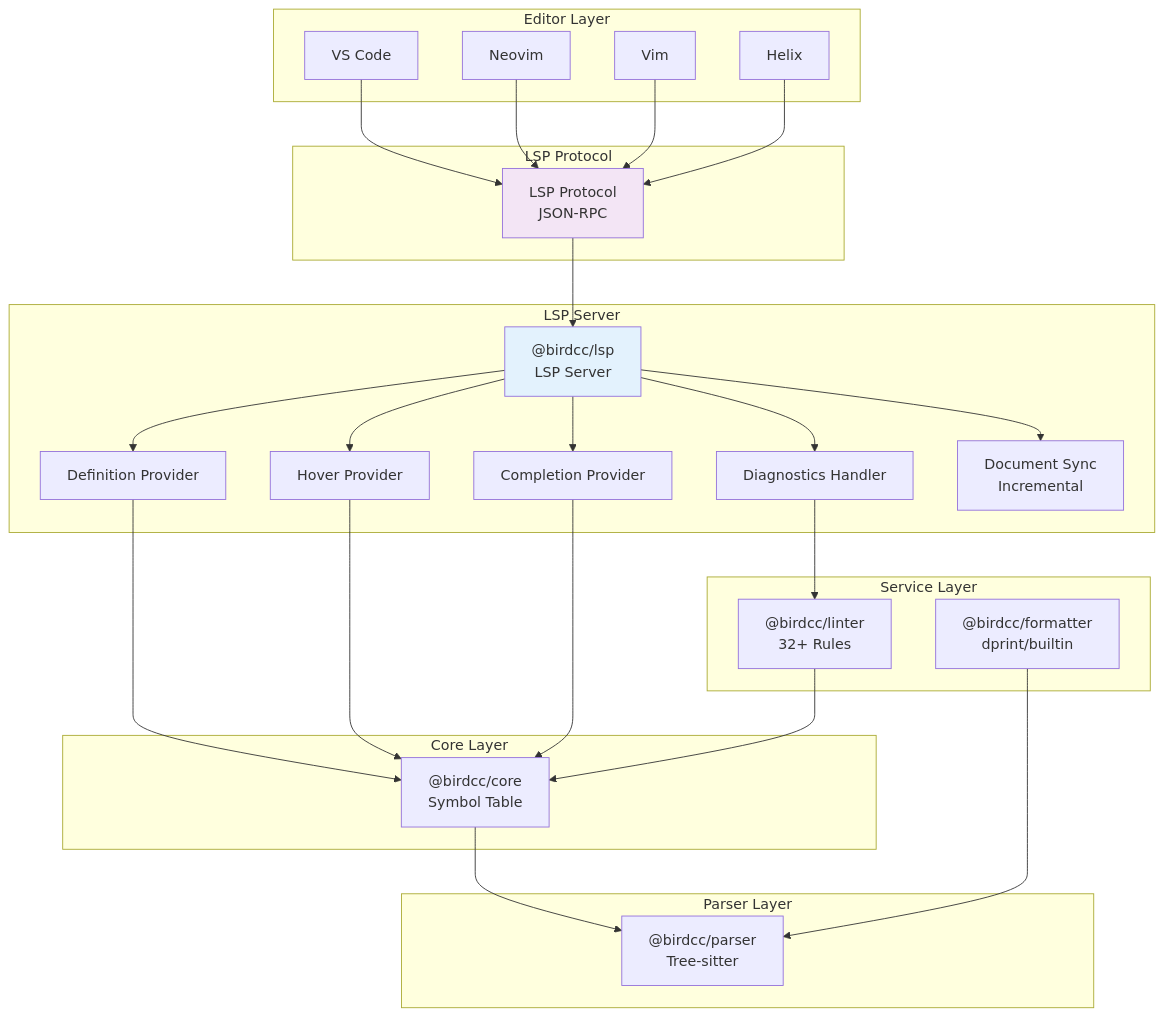
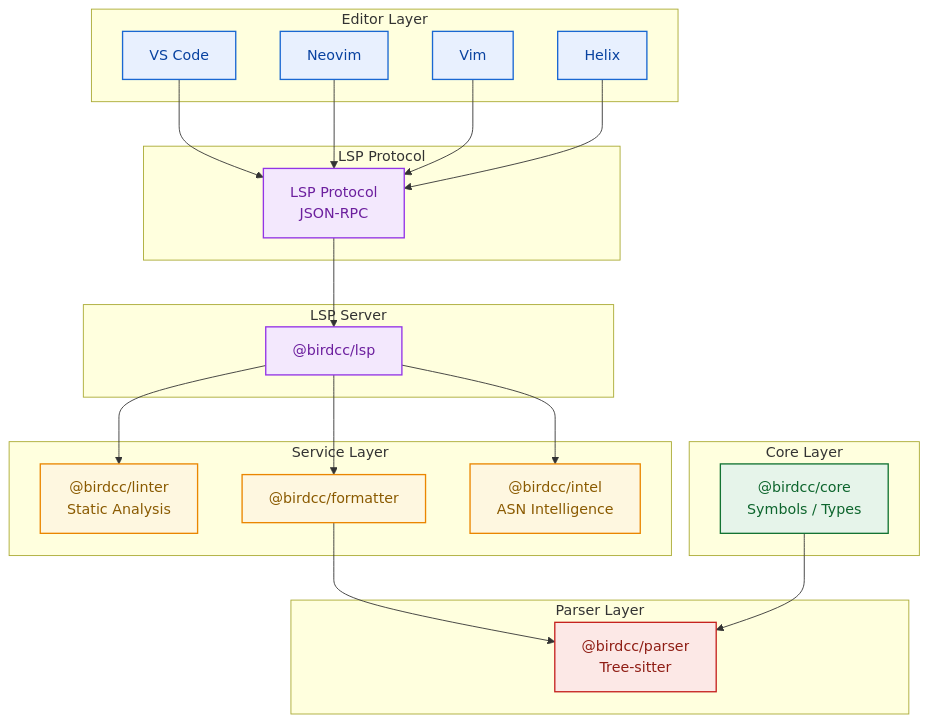
The first of 4 diagrams in packages/@birdcc/lsp/README.md (bird-chinese-community/BIRD-LSP), drawn with Mermaid before and after one commit. The commit also changed other lines of this file and 5 other files, not shown here.

Commit message:
docs(mermaid): Unify diagram palette and split by layer

````diff
--- a/packages/@birdcc/lsp/README.md
+++ b/packages/@birdcc/lsp/README.md
@@ -168,56 +168,54 @@
 ```mermaid
 flowchart TB
-    subgraph "Editor Layer"
+    classDef ui fill:#e8f0fe,stroke:#1967d2,stroke-width:1.5px,color:#0842a0
+    classDef adapter fill:#f3e8fd,stroke:#9334e6,stroke-width:1.5px,color:#6c1f9e
+    classDef service fill:#fef7e0,stroke:#ea8600,stroke-width:1.5px,color:#8a5a00
+    classDef core fill:#e6f4ea,stroke:#137333,stroke-width:1.5px,color:#0d652d
+    classDef infra fill:#fce8e6,stroke:#c5221f,stroke-width:1.5px,color:#8f1d14
+
+    subgraph editor [Editor Layer]
         E1[VS Code]
         E2[Neovim]
         E3[Vim]
         E4[Helix]
     end
 
-    subgraph "LSP Protocol"
+    subgraph protocol [LSP Protocol]
         LSP[LSP Protocol<br/>JSON-RPC]
     end
 
-    subgraph "LSP Server"
-        S["@birdcc/lsp<br/>LSP Server"]
-        SYNC[Document Sync<br/>Incremental]
-        DIAG[Diagnostics Handler]
-        COMP[Completion Provider]
-        HOVER[Hover Provider]
-        DEF[Definition Provider]
+    subgraph server [LSP Server]
+        S["@birdcc/lsp"]
     end
 
-    subgraph "Service Layer"
-        LINTER["@birdcc/linter<br/>32+ Rules"]
-        FORMATTER["@birdcc/formatter<br/>dprint/builtin"]
+    subgraph service [Service Layer]
+        LINTER["@birdcc/linter<br/>Static Analysis"]
+        FORMATTER["@birdcc/formatter"]
+        INTEL["@birdcc/intel<br/>ASN Intelligence"]
     end
 
-    subgraph "Core Layer"
-        CORE["@birdcc/core<br/>Symbol Table"]
+    subgraph core [Core Layer]
+        CORE["@birdcc/core<br/>Symbols / Types"]
     end
 
-    subgraph "Parser Layer"
+    subgraph parser [Parser Layer]
         PARSER["@birdcc/parser<br/>Tree-sitter"]
     end
 
     E1 --> LSP
     E2 --> LSP
     E3 --> LSP
     E4 --> LSP
     LSP --> S
-    S --> SYNC
-    S --> DIAG
-    S --> COMP
-    S --> HOVER
-    S --> DEF
-    DIAG --> LINTER
-    COMP --> CORE
-    HOVER --> CORE
-    DEF --> CORE
-    LINTER --> CORE
+    S --> LINTER
+    S --> FORMATTER
+    S --> INTEL
     FORMATTER --> PARSER
     CORE --> PARSER
 
-    style S fill:#e3f2fd
-    style LSP fill:#f3e5f5
+    class E1,E2,E3,E4 ui
+    class LSP,S adapter
+    class LINTER,FORMATTER,INTEL service
+    class CORE core
+    class PARSER infra
 ```
````
